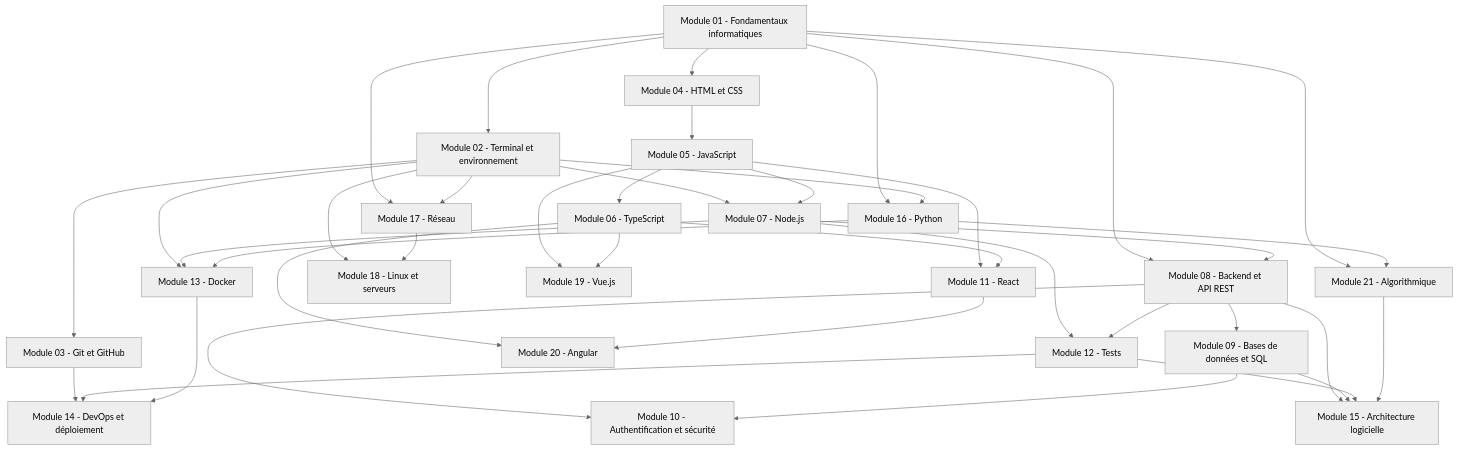
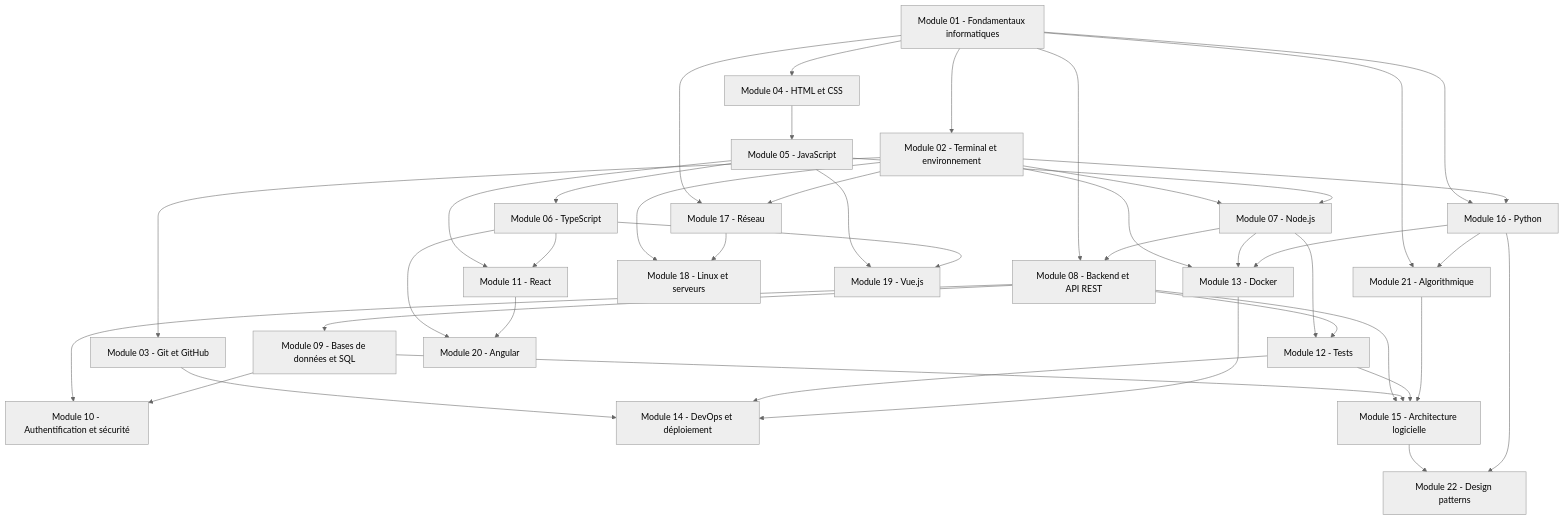
The diagram in 01 — Parcours/Parcours.md (galsen-76/Informatique-), drawn with Mermaid (neutral theme) before and after one commit. The commit also changed other lines of this file and 44 other files, not shown here.

First line of the commit message:
Ajoute le module 22 Design patterns, enrichit l'architecture et ajoute des exemples de commits conventionnels

````diff
--- a/01 — Parcours/Parcours.md
+++ b/01 — Parcours/Parcours.md
@@ -32,6 +32,7 @@
   M19["Module 19 - Vue.js"]
   M20["Module 20 - Angular"]
   M21["Module 21 - Algorithmique"]
+  M22["Module 22 - Design patterns"]
   M1 --> M2
   M2 --> M3
   M1 --> M4
@@ -70,6 +71,8 @@
   M1 --> M21
   M16 --> M21
   M21 --> M15
+  M15 --> M22
+  M16 --> M22
   class M1 internal-link;
   class M2 internal-link;
   class M3 internal-link;
@@ -91,4 +94,5 @@
   class M19 internal-link;
   class M20 internal-link;
   class M21 internal-link;
+  class M22 internal-link;
 ```
````
